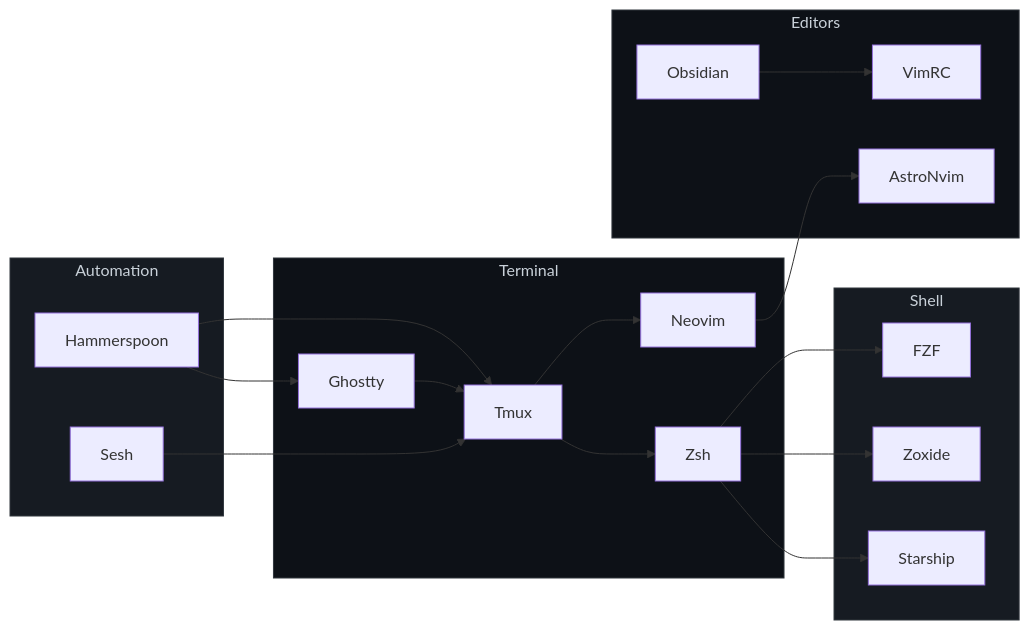
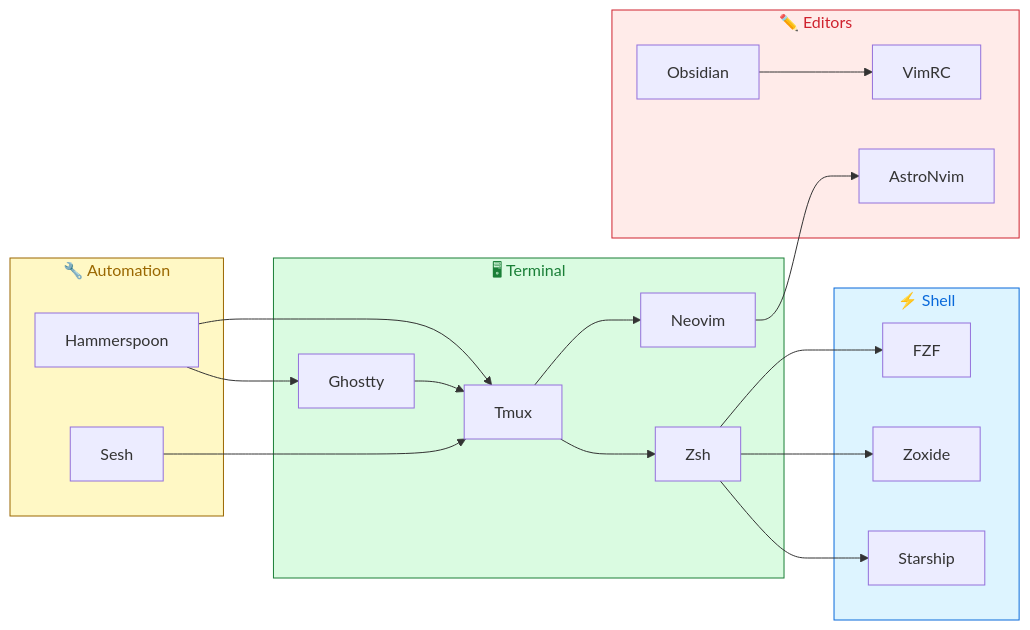
Before and after one commit to snesjhon/dotfiles: the diagram in README.md, drawn with Mermaid.

Commit message:
update: readme

````diff
--- a/README.md
+++ b/README.md
@@ -43,30 +43,30 @@
 ```mermaid
 graph LR
-    subgraph Terminal
+    subgraph Terminal["🖥 Terminal"]
         Ghostty --> Tmux
         Tmux --> Zsh
         Tmux --> Neovim
     end
 
-    subgraph Shell
+    subgraph Shell["⚡ Shell"]
         Zsh --> Starship
         Zsh --> Zoxide
         Zsh --> FZF
     end
 
-    subgraph Automation
+    subgraph Automation["🔧 Automation"]
         Hammerspoon --> Ghostty
         Hammerspoon --> Tmux
         Sesh --> Tmux
     end
 
-    subgraph Editors
+    subgraph Editors["✏️ Editors"]
         Neovim --> AstroNvim
         Obsidian --> VimRC
     end
 
-    style Terminal fill:#0d1117,color:#c9d1d9,stroke:#30363d
-    style Shell fill:#161b22,color:#c9d1d9,stroke:#30363d
-    style Automation fill:#161b22,color:#c9d1d9,stroke:#30363d
-    style Editors fill:#0d1117,color:#c9d1d9,stroke:#30363d
+    style Terminal fill:#dafbe1,stroke:#1a7f37,color:#1a7f37
+    style Shell fill:#ddf4ff,stroke:#0969da,color:#0969da
+    style Automation fill:#fff8c5,stroke:#9a6700,color:#9a6700
+    style Editors fill:#ffebe9,stroke:#cf222e,color:#cf222e
 ```
````
